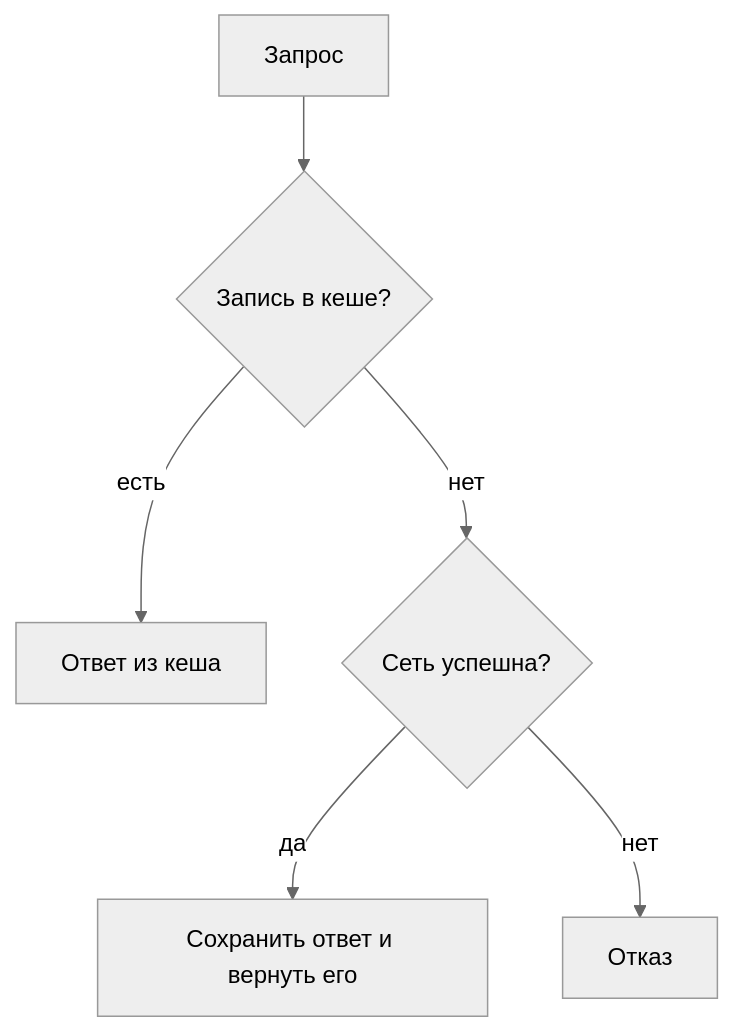
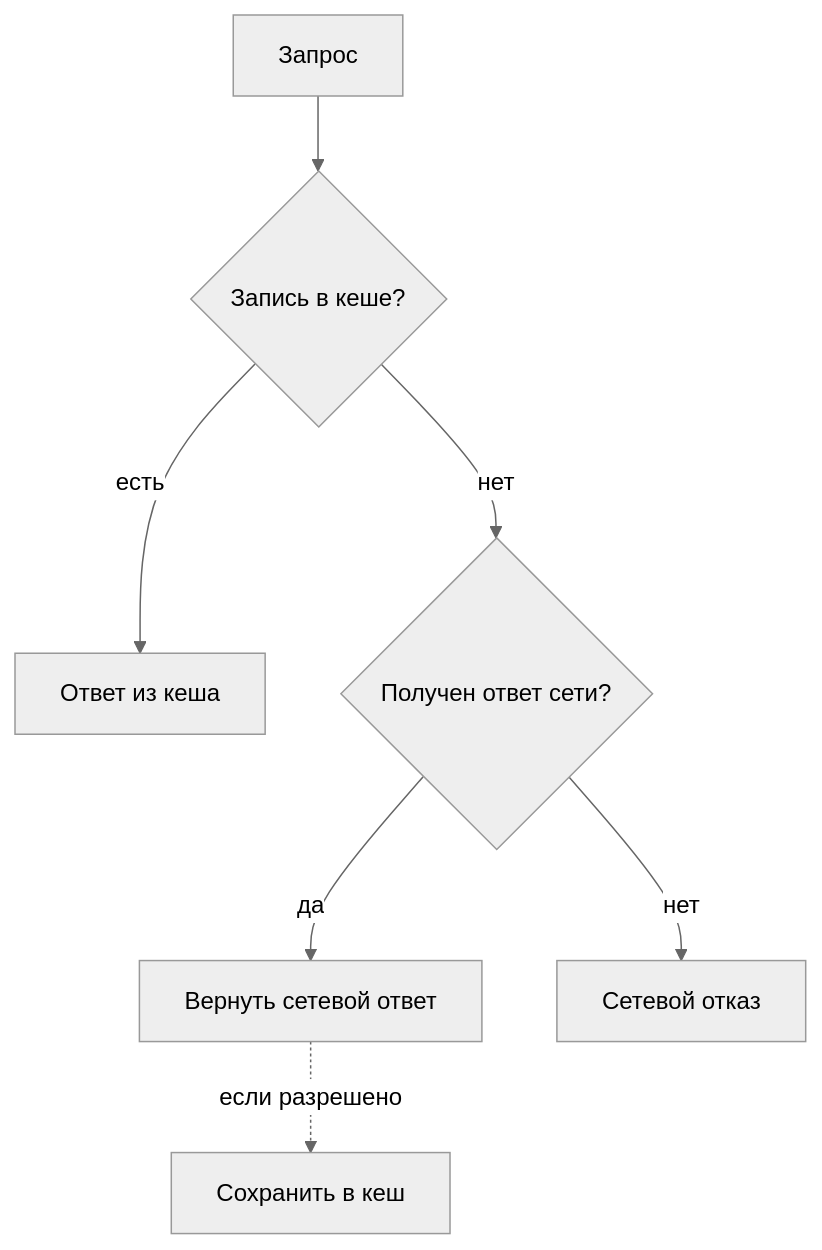
Before and after one commit to Cringe-Driven-Development-Team/docs: the seventh of 10 diagrams in site/modules/2/tracks/offline/theory.md, drawn with Mermaid (neutral theme). The commit also changed other lines of this file and 1 other file, not shown here.

Commit message:
docs(offline): отделить сетевой ответ от разрешения кешировать

````diff
--- a/site/modules/2/tracks/offline/theory.md
+++ b/site/modules/2/tracks/offline/theory.md
@@ -126,8 +130,9 @@
 ```mermaid
 flowchart TB
   Q["Запрос"] --> C{"Запись в кеше?"}
   C -->|"есть"| R["Ответ из кеша"]
-  C -->|"нет"| N{"Сеть успешна?"}
-  N -->|"да"| Save["Сохранить ответ и вернуть его"]
-  N -->|"нет"| E["Отказ"]
+  C -->|"нет"| N{"Получен ответ сети?"}
+  N -->|"да"| Rnet["Вернуть сетевой ответ"]
+  Rnet -.->|"если разрешено"| Save["Сохранить в кеш"]
+  N -->|"нет"| E["Сетевой отказ"]
 ```
````
